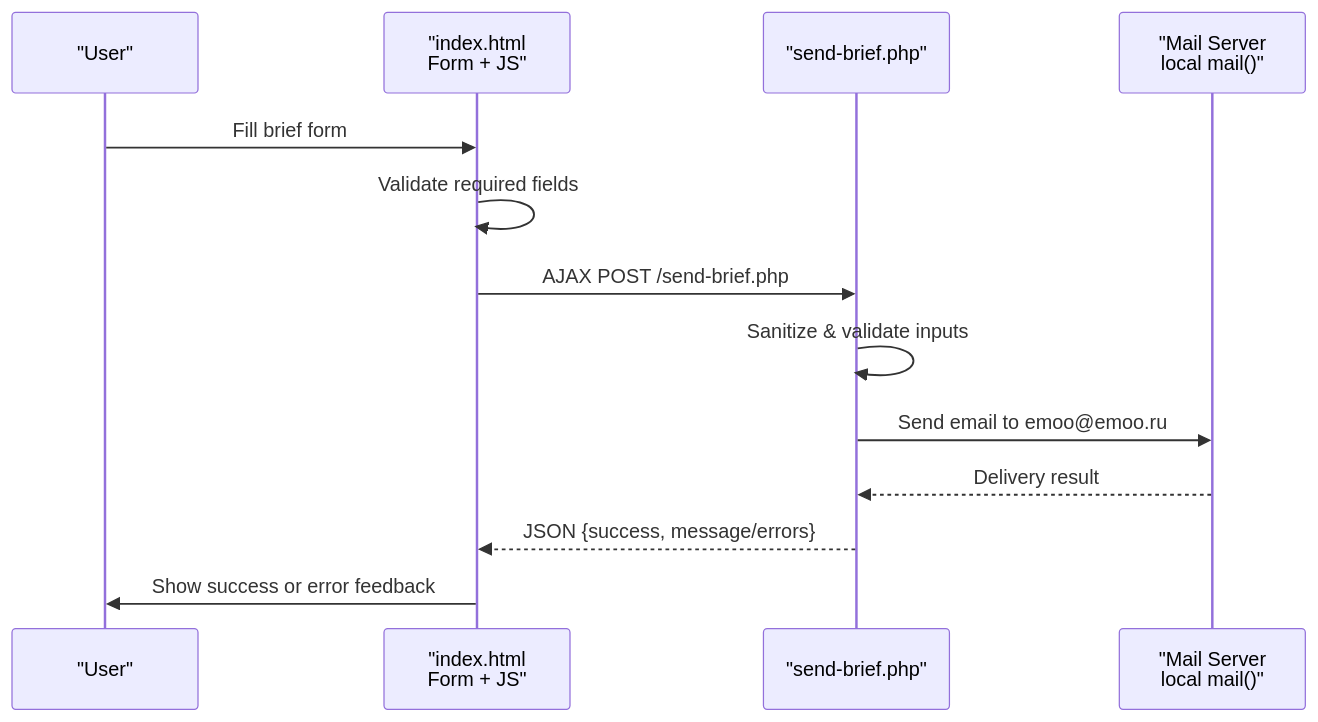
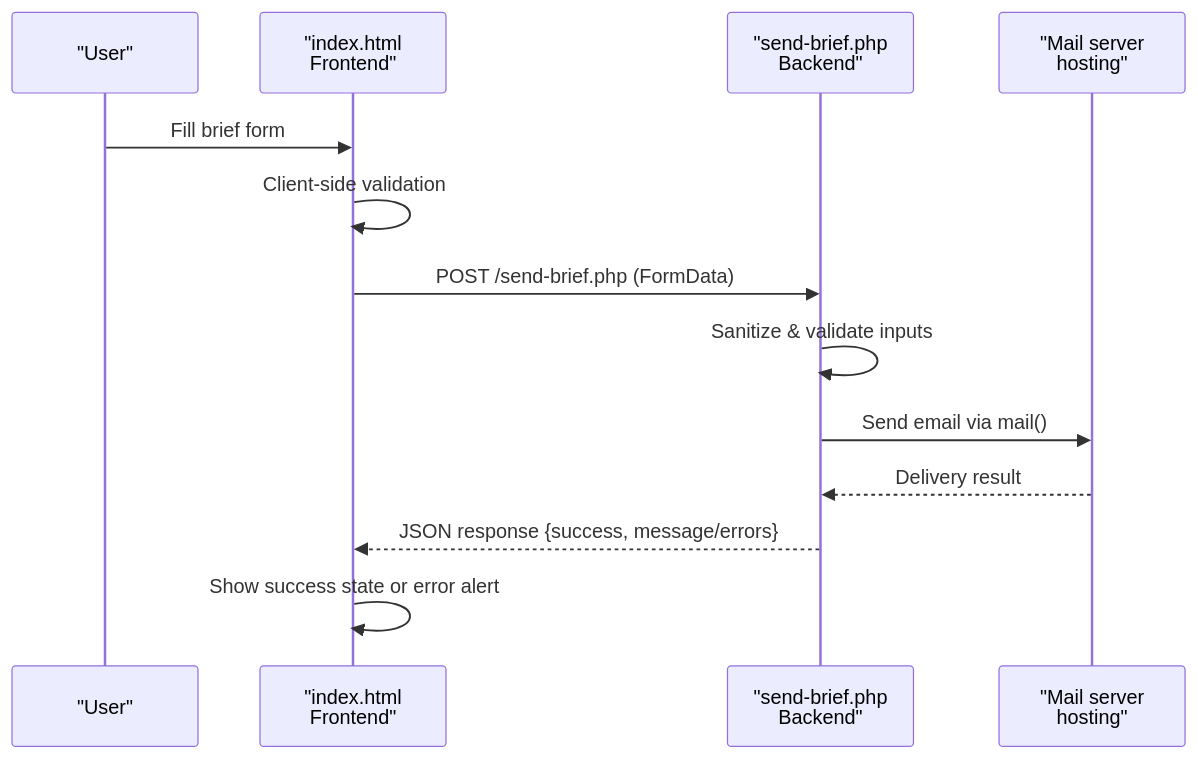
One commit to Vostrikov2014/emoo changed the second of 7 diagrams in .qoder/repowiki/en/content/Project Overview.md. Above: the diagram before and after it, drawn with Mermaid. The commit also changed other lines of this file and 49 other files, not shown here.

````diff
--- a/.qoder/repowiki/en/content/Project Overview.md
+++ b/.qoder/repowiki/en/content/Project Overview.md
@@ -82,15 +87,15 @@
 ```mermaid
 sequenceDiagram
 participant U as "User"
-participant F as "index.html<br/>Form + JS"
-participant S as "send-brief.php"
-participant M as "Mail Server<br/>local mail()"
+participant F as "index.html<br/>Frontend"
+participant S as "send-brief.php<br/>Backend"
+participant M as "Mail server<br/>hosting"
 U->>F : Fill brief form
-F->>F : Validate required fields
-F->>S : AJAX POST /send-brief.php
+F->>F : Client-side validation
+F->>S : POST /send-brief.php (FormData)
 S->>S : Sanitize & validate inputs
-S->>M : Send email to emoo@emoo.ru
+S->>M : Send email via mail()
 M-->>S : Delivery result
-S-->>F : JSON {success, message/errors}
-F->>U : Show success or error feedback
+S-->>F : JSON response {success, message/errors}
+F->>F : Show success state or error alert
 ```
````
